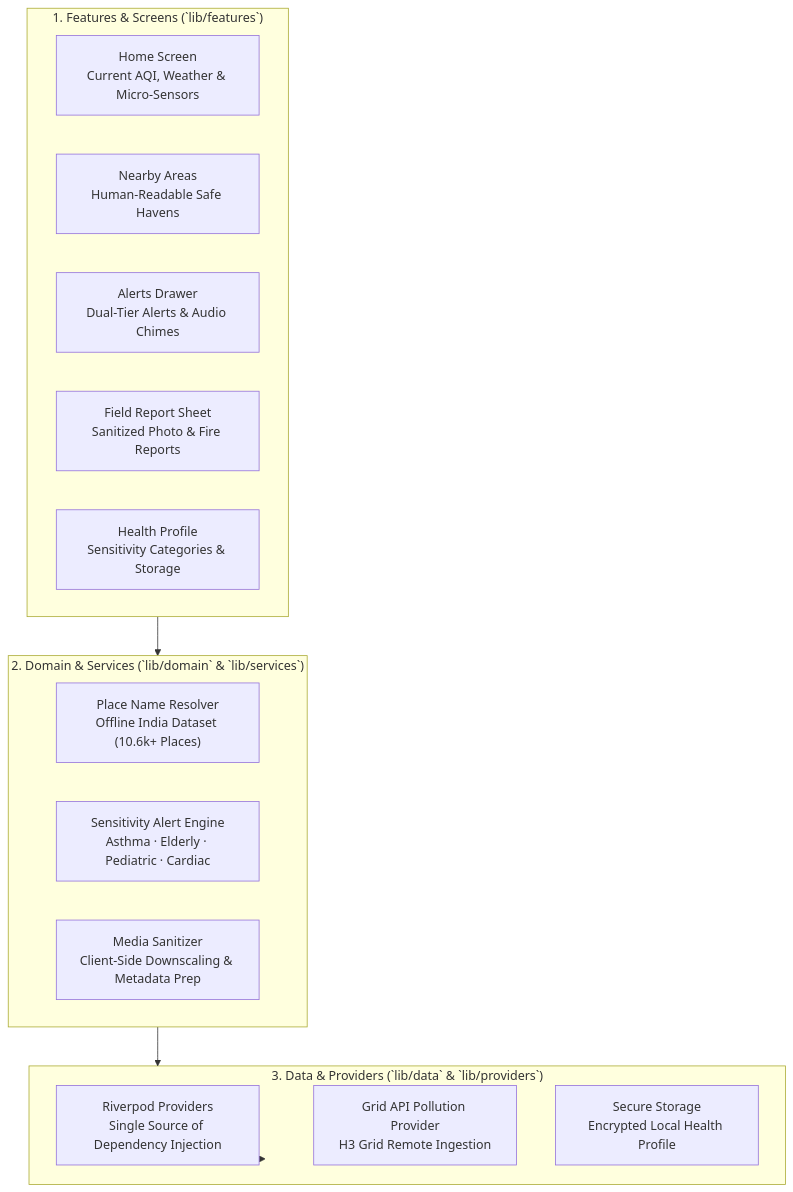
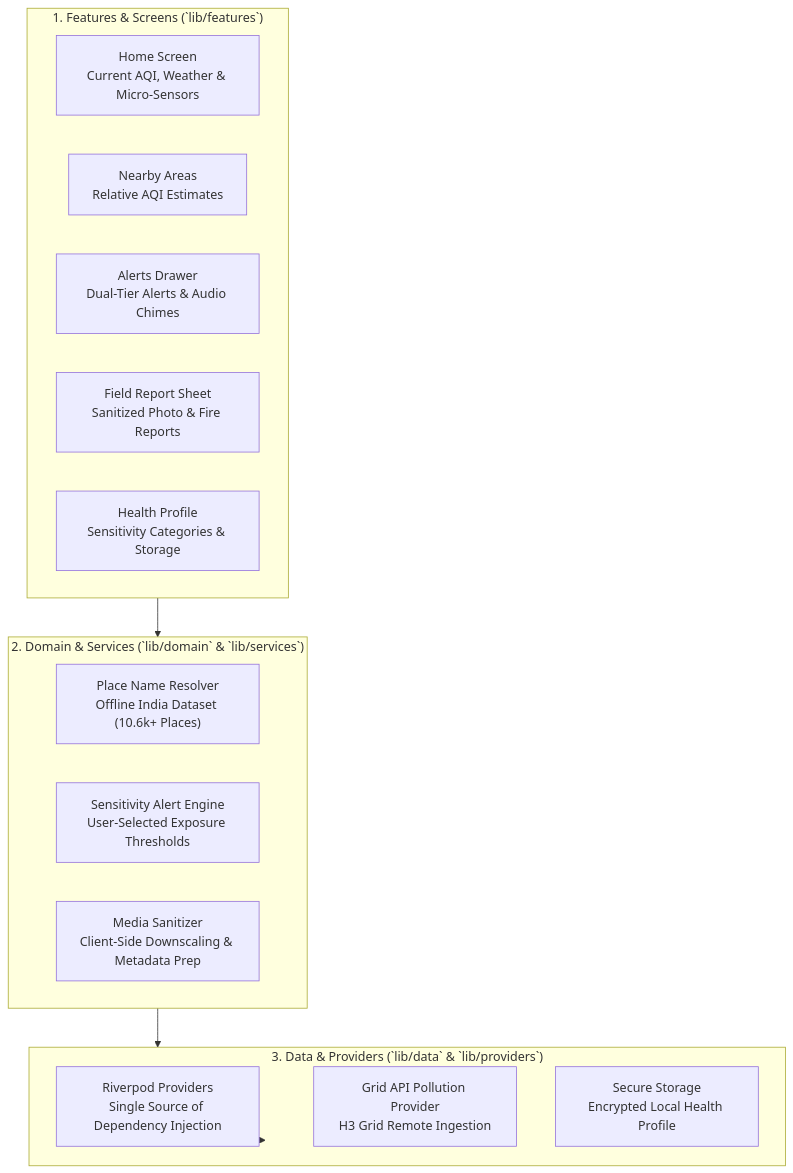
Before and after one commit to Hima-11-works/gdg-c4c: the diagram in partner_apps/air_health_flutter/README.md, drawn with Mermaid. The commit also changed other lines of this file and 2 other files, not shown here.

Commit message:
describe nearby AQI as relative estimates

````diff
--- a/partner_apps/air_health_flutter/README.md
+++ b/partner_apps/air_health_flutter/README.md
@@ -16,26 +16,26 @@
 ```mermaid
 flowchart TB
     subgraph UI["1. Features & Screens (`lib/features`)"]
         HOME["Home Screen<br/>Current AQI, Weather & Micro-Sensors"]
-        NEARBY["Nearby Areas<br/>Human-Readable Safe Havens"]
+        NEARBY["Nearby Areas<br/>Relative AQI Estimates"]
         ALERTS["Alerts Drawer<br/>Dual-Tier Alerts & Audio Chimes"]
         REPORT["Field Report Sheet<br/>Sanitized Photo & Fire Reports"]
         PROFILE["Health Profile<br/>Sensitivity Categories & Storage"]
     end
 
     subgraph LOGIC["2. Domain & Services (`lib/domain` & `lib/services`)"]
         RESOLVER["Place Name Resolver<br/>Offline India Dataset (10.6k+ Places)"]
-        ALERT_ENG["Sensitivity Alert Engine<br/>Asthma · Elderly · Pediatric · Cardiac"]
+        ALERT_ENG["Sensitivity Alert Engine<br/>User-Selected Exposure Thresholds"]
         MEDIA["Media Sanitizer<br/>Client-Side Downscaling & Metadata Prep"]
     end
 
     subgraph DATA["3. Data & Providers (`lib/data` & `lib/providers`)"]
         RIVERPOD["Riverpod Providers<br/>Single Source of Dependency Injection"]
         API_PROV["Grid API Pollution Provider<br/>H3 Grid Remote Ingestion"]
         SECURE_STORE["Secure Storage<br/>Encrypted Local Health Profile"]
     end
 
     UI --> LOGIC
     LOGIC --> DATA
     DATA --> RIVERPOD
 ```
````
